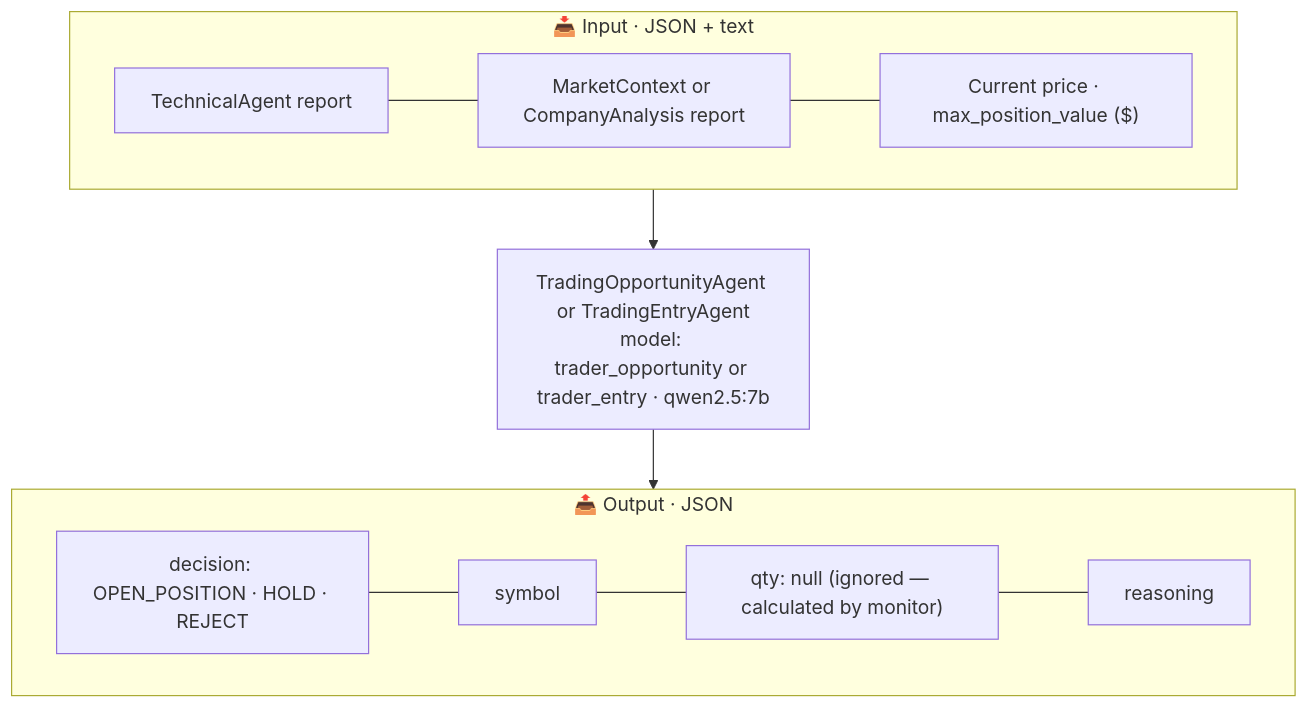
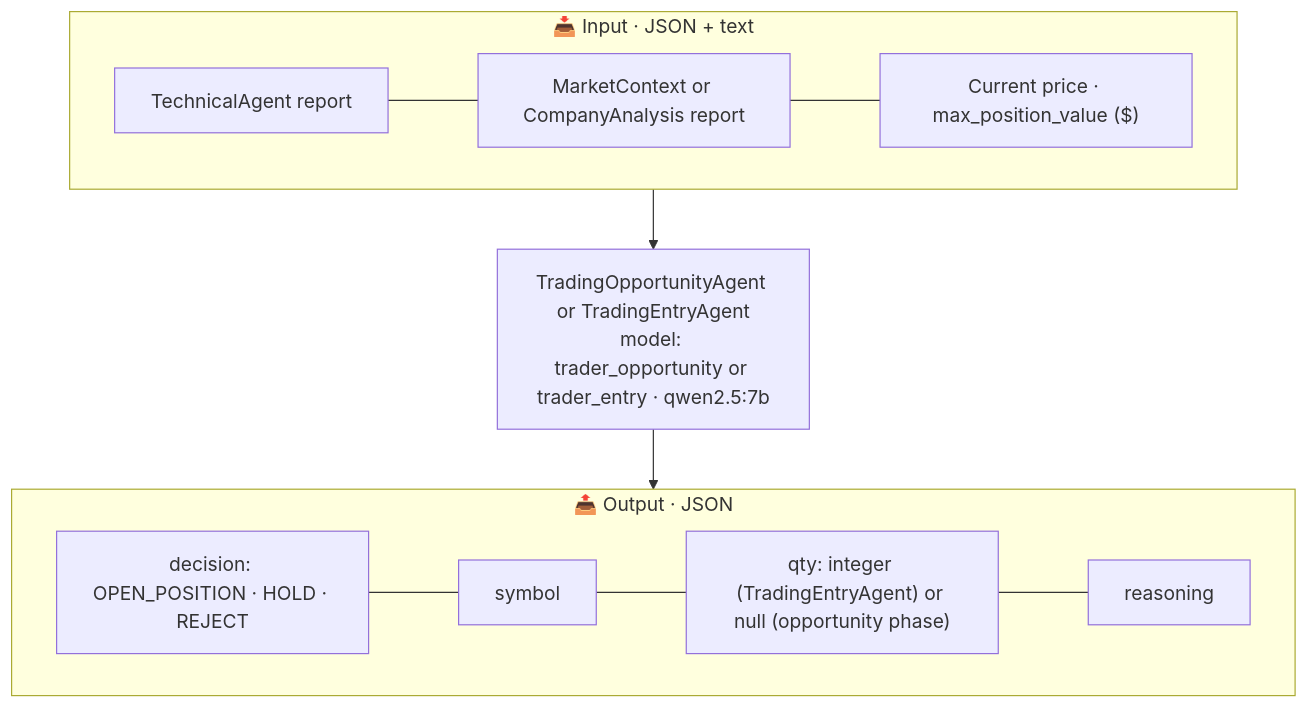
The sixth of 6 diagrams in docs/architecture.md (juandgm13/Trading-AI-Agent), drawn with Mermaid before and after one commit. The commit also changed other lines of this file and 5 other files, not shown here.

````diff
--- a/docs/architecture.md
+++ b/docs/architecture.md
@@ -167,19 +167,19 @@
 ```mermaid
 flowchart TB
     subgraph IN["📥 Input · JSON + text"]
         I1["TechnicalAgent report"]
         --- I2["MarketContext or CompanyAnalysis report"]
         --- I3["Current price · max_position_value ($)"]
     end
 
     AG["TradingOpportunityAgent or TradingEntryAgent<br/>model: trader_opportunity or trader_entry · qwen2.5:7b"]
 
     subgraph OUT["📤 Output · JSON"]
         O1["decision: OPEN_POSITION · HOLD · REJECT"]
         --- O2["symbol"]
-        --- O3["qty: null (ignored — calculated by monitor)"]
+        --- O3["qty: integer (TradingEntryAgent) or null (opportunity phase)"]
         --- O4["reasoning"]
     end
 
     IN --> AG --> OUT
 ```
````
